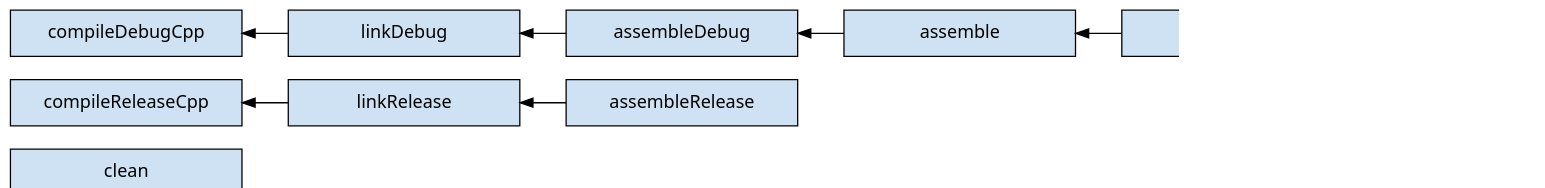
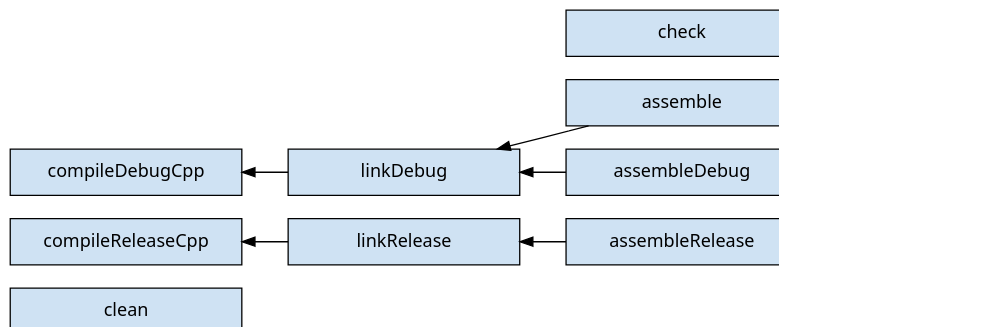
The diagram in subprojects/docs/src/docs/userguide/img/cpp-application-task-graph.dot (gradle/gradle), drawn with Graphviz before and after one commit. The commit also changed 4 other files, not shown here.

```diff
--- a/subprojects/docs/src/docs/userguide/img/cpp-application-task-graph.dot
+++ b/subprojects/docs/src/docs/userguide/img/cpp-application-task-graph.dot
@@ -1,32 +1,36 @@
 // Copyright 2018 the original author or authors.
 //
 // Licensed under the Apache License, Version 2.0 (the "License");
 // you may not use this file except in compliance with the License.
 // You may obtain a copy of the License at
 //
 //      http://www.apache.org/licenses/LICENSE-2.0
 //
 // Unless required by applicable law or agreed to in writing, software
 // distributed under the License is distributed on an "AS IS" BASIS,
 // WITHOUT WARRANTIES OR CONDITIONS OF ANY KIND, either express or implied.
 // See the License for the specific language governing permissions and
 // limitations under the License.
 
 // dot -Tpng subprojects/docs/src/docs/userguide/img/cpp-application-task-graph.dot > subprojects/docs/src/docs/userguide/img/cpp-application-task-graph.png
 digraph cppApplicationTaskGraph {
   graph [ dpi = 100, fontname="Sans"];
   node [fontname = "Sans"];
   edge [fontname = "Sans"];
   node [shape=rectangle, fixedsize=true, width=2.5, height=0.5];
   node [style=filled, fillcolor="#cfe2f3"]
   rankdir=LR
 
-  compileDebugCpp -> linkDebug -> assembleDebug -> assemble -> build [dir=back]
-  build -> check
+  compileDebugCpp -> linkDebug -> assemble -> build [dir=back]
+  linkDebug -> assembleDebug [dir=back]
+  check -> build [dir=back]
   compileReleaseCpp -> linkRelease -> assembleRelease [dir=back]
   clean
 
   // Ensure ordering
   compileDebugCpp -> compileReleaseCpp -> clean [style=invis]
   {rank=same compileDebugCpp compileReleaseCpp clean}
+
+  check -> assemble -> assembleDebug -> assembleRelease [style=invis]
+  {rank=same check assemble assembleDebug assembleRelease}
 }
```
